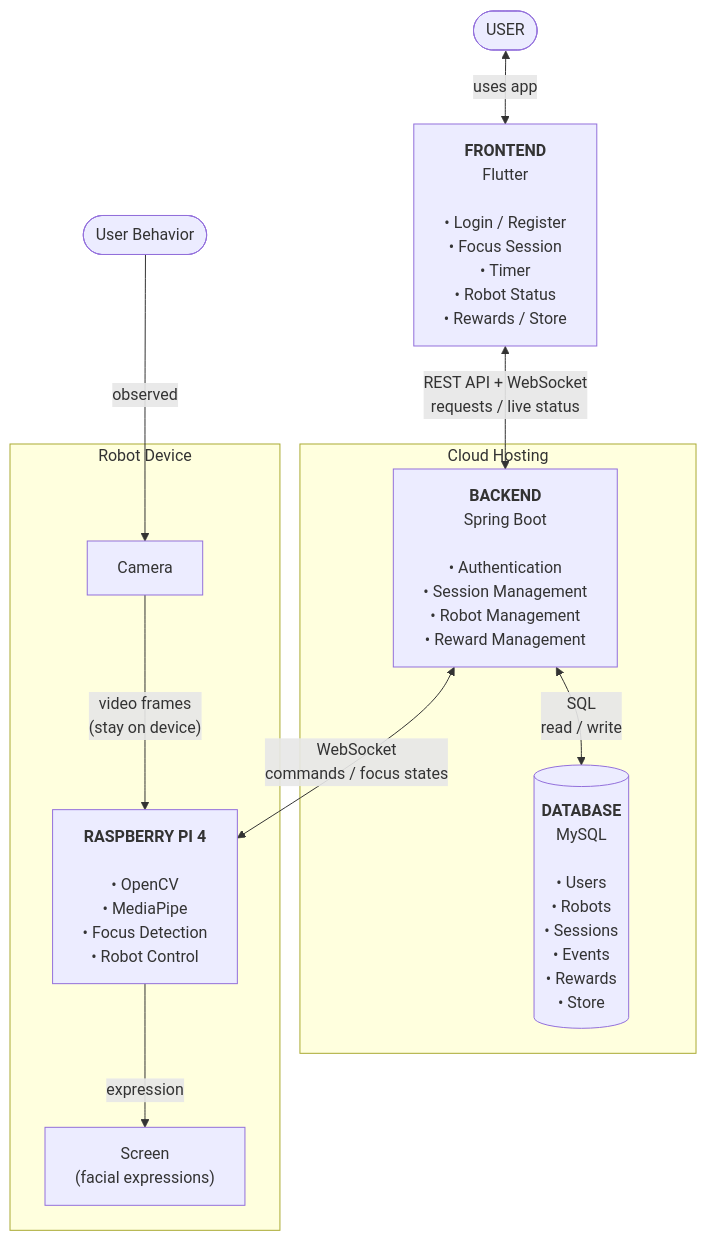
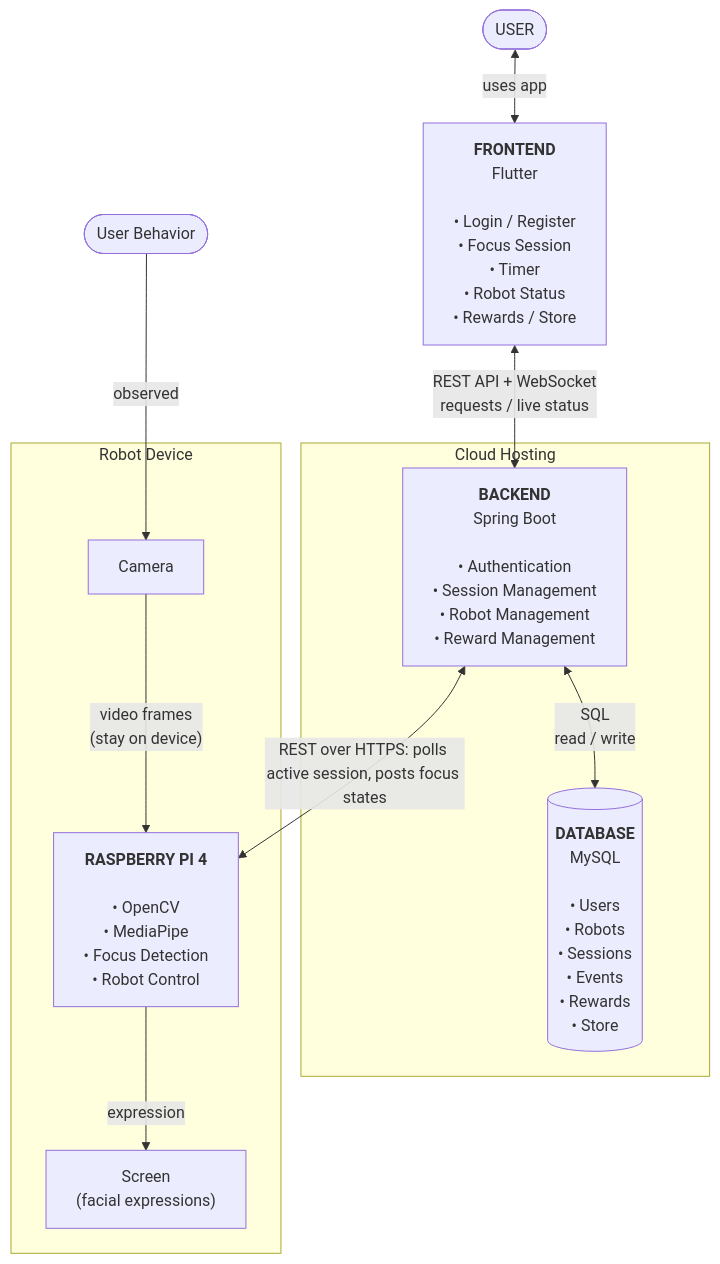
Before and after one commit to ghaid999/Kaboom: the first of 6 diagrams in Technical Documentation (Stage 3)/README.md, drawn with Mermaid.

````diff
--- a/Technical Documentation (Stage 3)/README.md
+++ b/Technical Documentation (Stage 3)/README.md
@@ -96,27 +96,27 @@
 ```mermaid
 flowchart TB
     User(["USER"])
  
     Frontend["<b>FRONTEND</b><br/>Flutter<br/><br/>• Login / Register<br/>• Focus Session<br/>• Timer<br/>• Robot Status<br/>• Rewards / Store"]
  
     subgraph Cloud["Cloud Hosting"]
         Backend["<b>BACKEND</b><br/>Spring Boot<br/><br/>• Authentication<br/>• Session Management<br/>• Robot Management<br/>• Reward Management"]
         DB[("<b>DATABASE</b><br/>MySQL<br/><br/>• Users<br/>• Robots<br/>• Sessions<br/>• Events<br/>• Rewards<br/>• Store")]
     end
  
     subgraph Robot["Robot Device"]
         Pi["<b>RASPBERRY PI 4</b><br/><br/>• OpenCV<br/>• MediaPipe<br/>• Focus Detection<br/>• Robot Control"]
         Camera["Camera"]
         Screen["Screen<br/>(facial expressions)"]
     end
  
     Behavior(["User Behavior"])
  
     User <-->|"uses app"| Frontend
     Frontend <-->|"REST API + WebSocket<br/>requests / live status"| Backend
     Backend <-->|"SQL<br/>read / write"| DB
-    Backend <-->|"WebSocket<br/>commands / focus states"| Pi
+    Backend <-->|"REST over HTTPS: polls active session, posts focus states"| Pi
     Behavior -->|"observed"| Camera
     Camera -->|"video frames<br/>(stay on device)"| Pi
     Pi -->|"expression"| Screen
 ```
````
